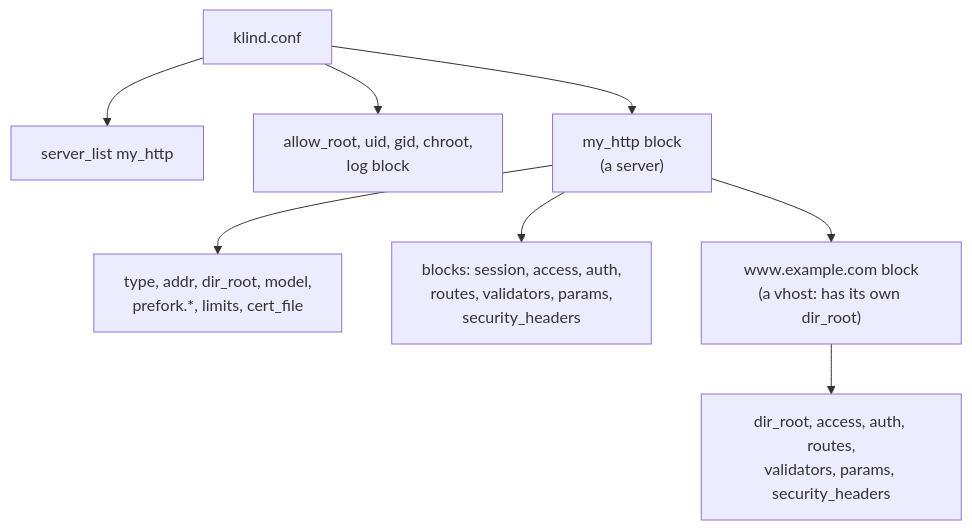
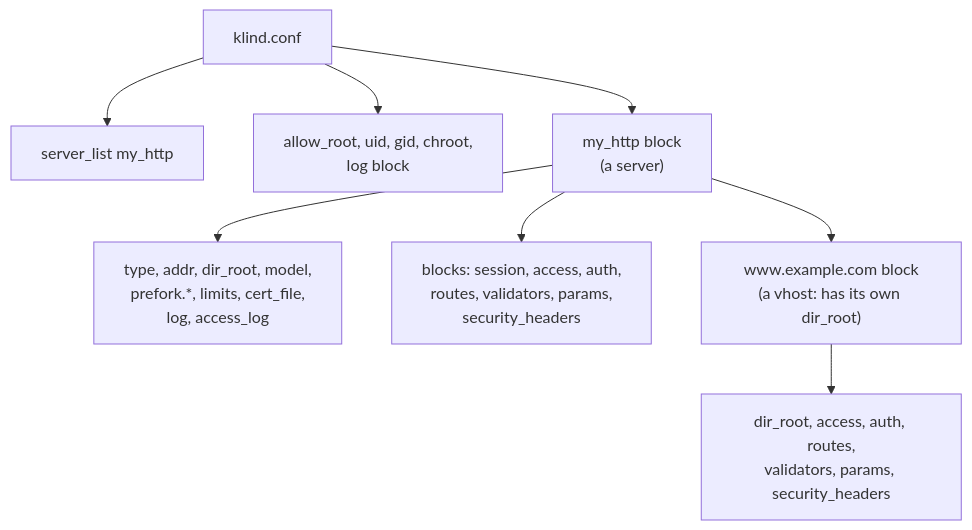
One commit to DanielTillett/klin changed the first of 2 diagrams in doc/PAGES.md. Above: the diagram before and after it, drawn with Mermaid. The commit also changed other lines of this file and 20 other files, not shown here.

````diff
--- a/doc/PAGES.md
+++ b/doc/PAGES.md
@@ -88,10 +94,10 @@
 ```mermaid
 flowchart TD
     T["klind.conf"] --> L["server_list my_http"]
     T --> P["allow_root, uid, gid, chroot,<br/>log block"]
     T --> S["my_http block<br/>(a server)"]
-    S --> K["type, addr, dir_root, model,<br/>prefork.*, limits, cert_file"]
+    S --> K["type, addr, dir_root, model,<br/>prefork.*, limits, cert_file,<br/>log, access_log"]
     S --> B["blocks: session, access, auth,<br/>routes, validators, params,<br/>security_headers"]
     S --> V["www.example.com block<br/>(a vhost: has its own dir_root)"]
     V --> VB["dir_root, access, auth, routes,<br/>validators, params, security_headers"]
 ```
````
